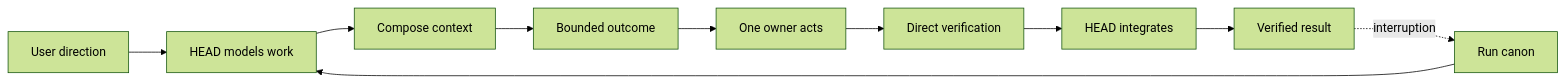
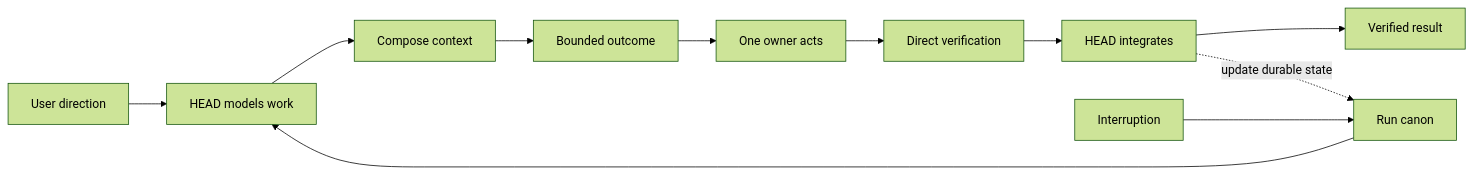
Before and after one commit to Won6314/head-agent-core: the diagram in learn/08-operation/README.md, drawn with Mermaid (forest theme). The commit also changed 5 other files, not shown here.

````diff
--- a/learn/08-operation/README.md
+++ b/learn/08-operation/README.md
@@ -13,12 +13,13 @@
 ```mermaid
 flowchart LR
     U[User direction] --> H[HEAD models work]
+    K[Run canon] --> H
     H --> C[Compose context]
     C --> O[Bounded outcome]
     O --> W[One owner acts]
     W --> V[Direct verification]
     V --> I[HEAD integrates]
     I --> R[Verified result]
-    R -. interruption .-> K[Run canon]
-    K --> H
+    I -. update durable state .-> K
+    X[Interruption] --> K
 ```
````
